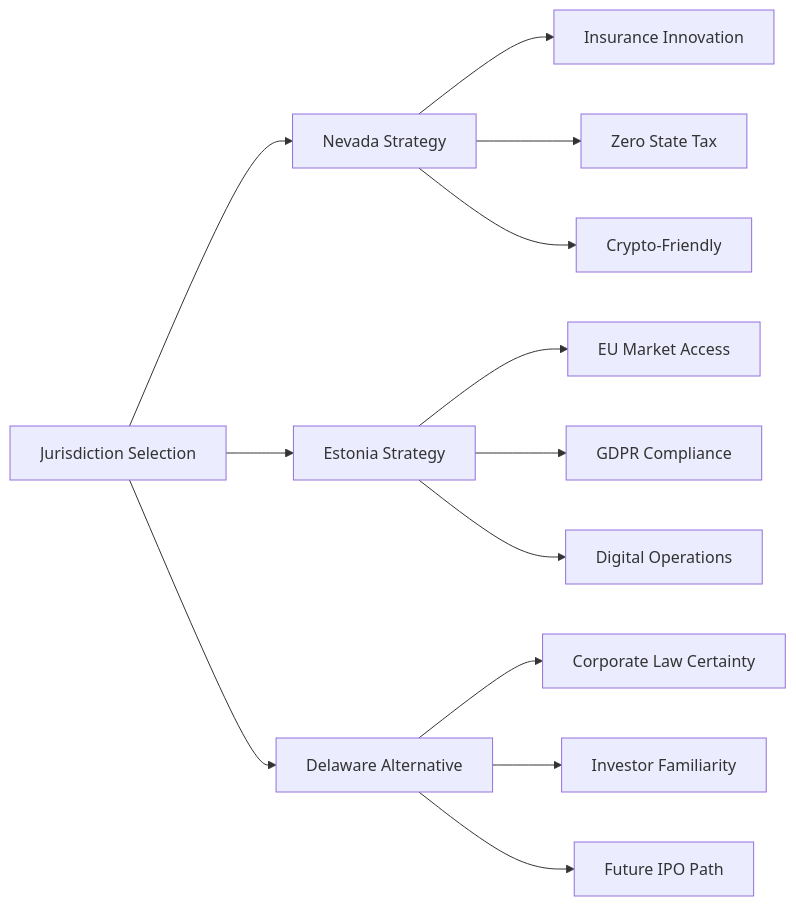
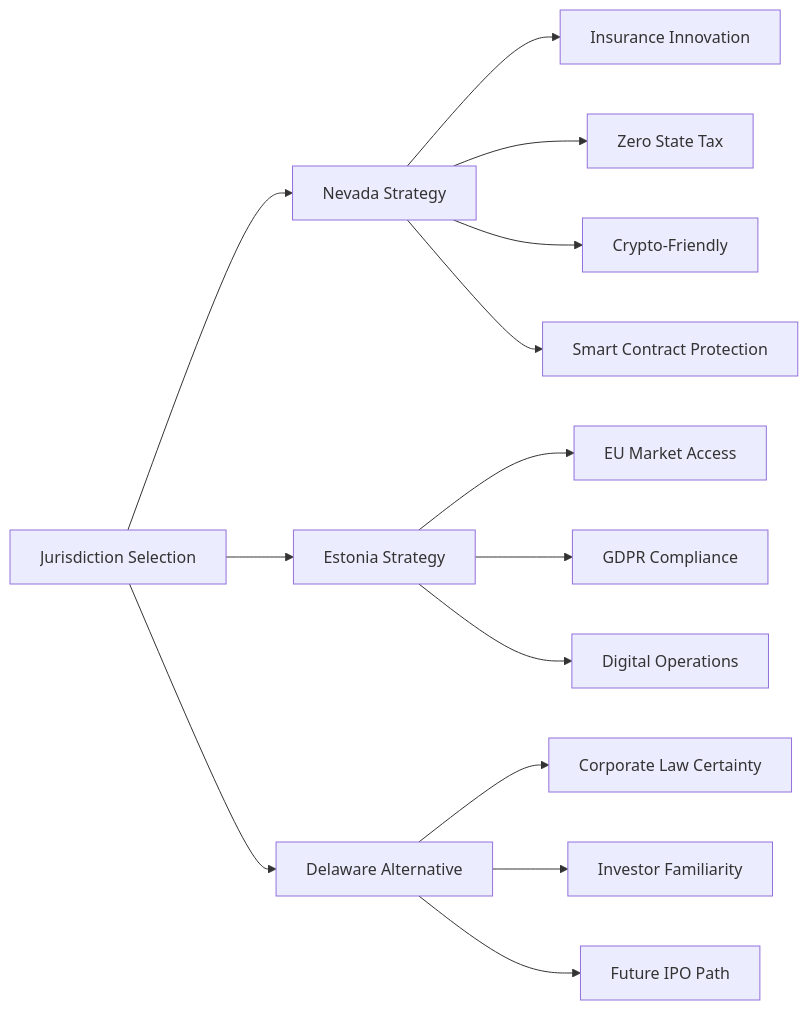
The third of 11 diagrams in docs/04_compliance/LEGAL_REFERENCE.md (e3o8o/triggerr), drawn with Mermaid before and after one commit. The commit also changed other lines of this file and 22 other files, not shown here.

First line of the commit message:
feat(architecture): Complete dual-chain smart contract pivot & AI agent strategy alignment

````diff
--- a/docs/04_compliance/LEGAL_REFERENCE.md
+++ b/docs/04_compliance/LEGAL_REFERENCE.md
@@ -140,18 +238,19 @@
 ```mermaid
 graph LR
     A[Jurisdiction Selection] --> B[Nevada Strategy]
     A --> C[Estonia Strategy]
     A --> D[Delaware Alternative]
     
     B --> B1[Insurance Innovation]
     B --> B2[Zero State Tax]
     B --> B3[Crypto-Friendly]
+    B --> B4[Smart Contract Protection]
     
     C --> C1[EU Market Access]
     C --> C2[GDPR Compliance]
     C --> C3[Digital Operations]
     
     D --> D1[Corporate Law Certainty]
     D --> D2[Investor Familiarity]
     D --> D3[Future IPO Path]
 ```
````
